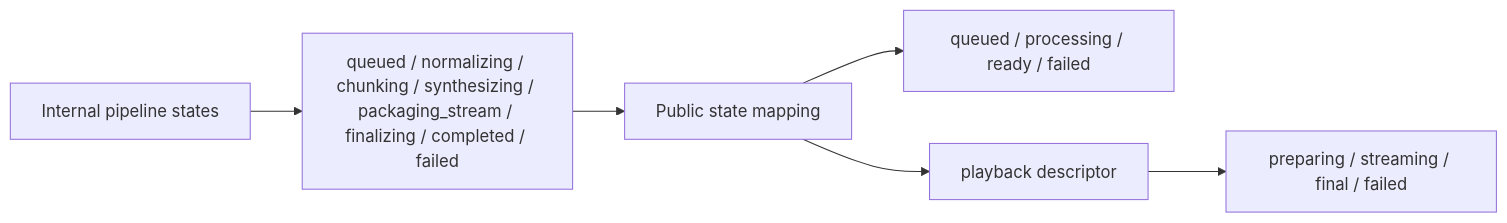
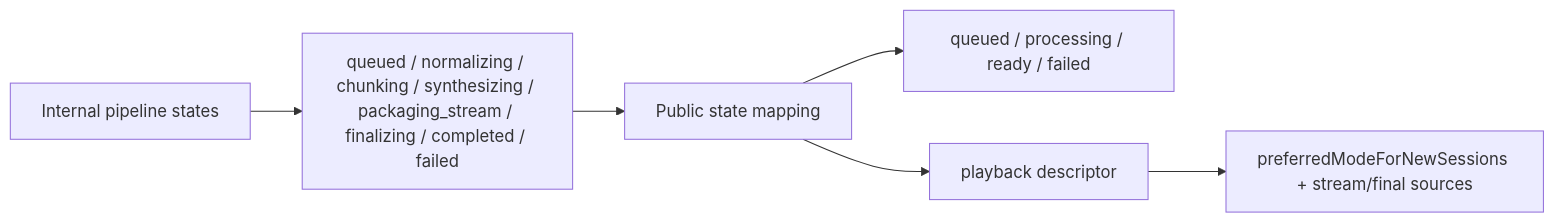
Before and after one commit to tomenden/hear-it: the diagram in docs/streaming-playback-contract.md, drawn with Mermaid. The commit also changed other lines of this file and 9 other files, not shown here.

Commit message:
docs: align local-dev tooling and architecture docs

````diff
--- a/docs/streaming-playback-contract.md
+++ b/docs/streaming-playback-contract.md
@@ -160,8 +175,8 @@
 ```mermaid
 flowchart LR
     A["Internal pipeline states"] --> B["queued / normalizing / chunking / synthesizing / packaging_stream / finalizing / completed / failed"]
     B --> C["Public state mapping"]
     C --> D["queued / processing / ready / failed"]
     C --> E["playback descriptor"]
-    E --> F["preparing / streaming / final / failed"]
+    E --> F["preferredModeForNewSessions + stream/final sources"]
 ```
````
